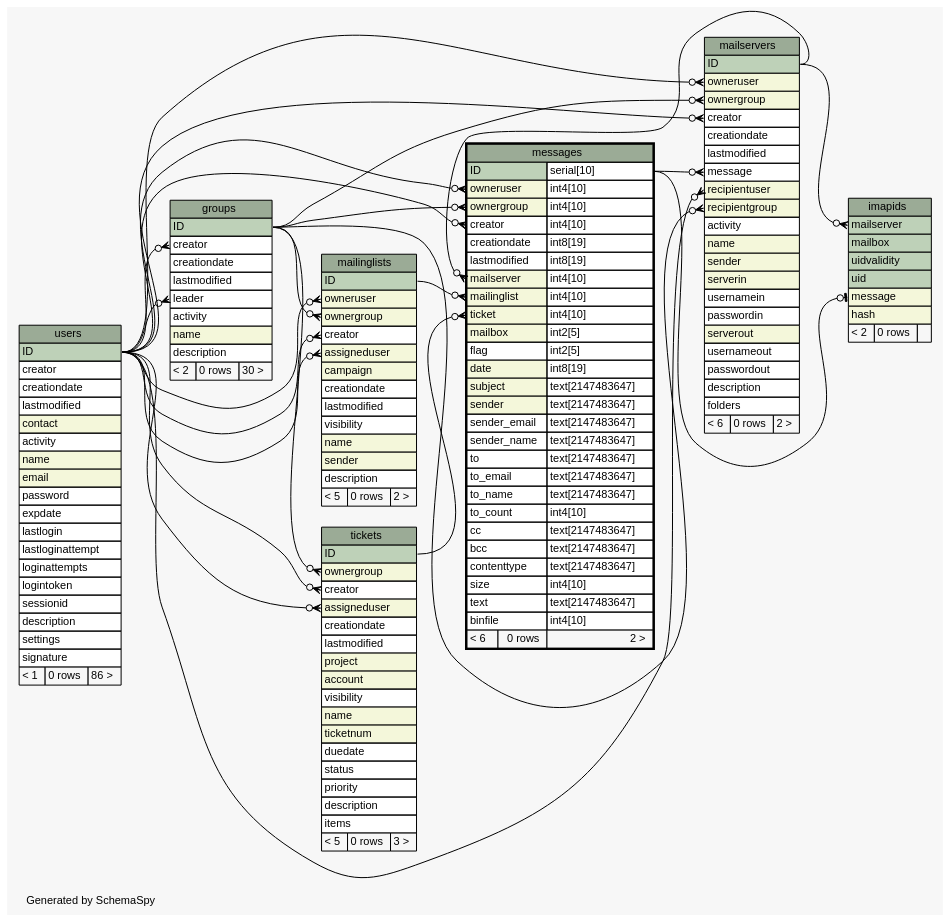
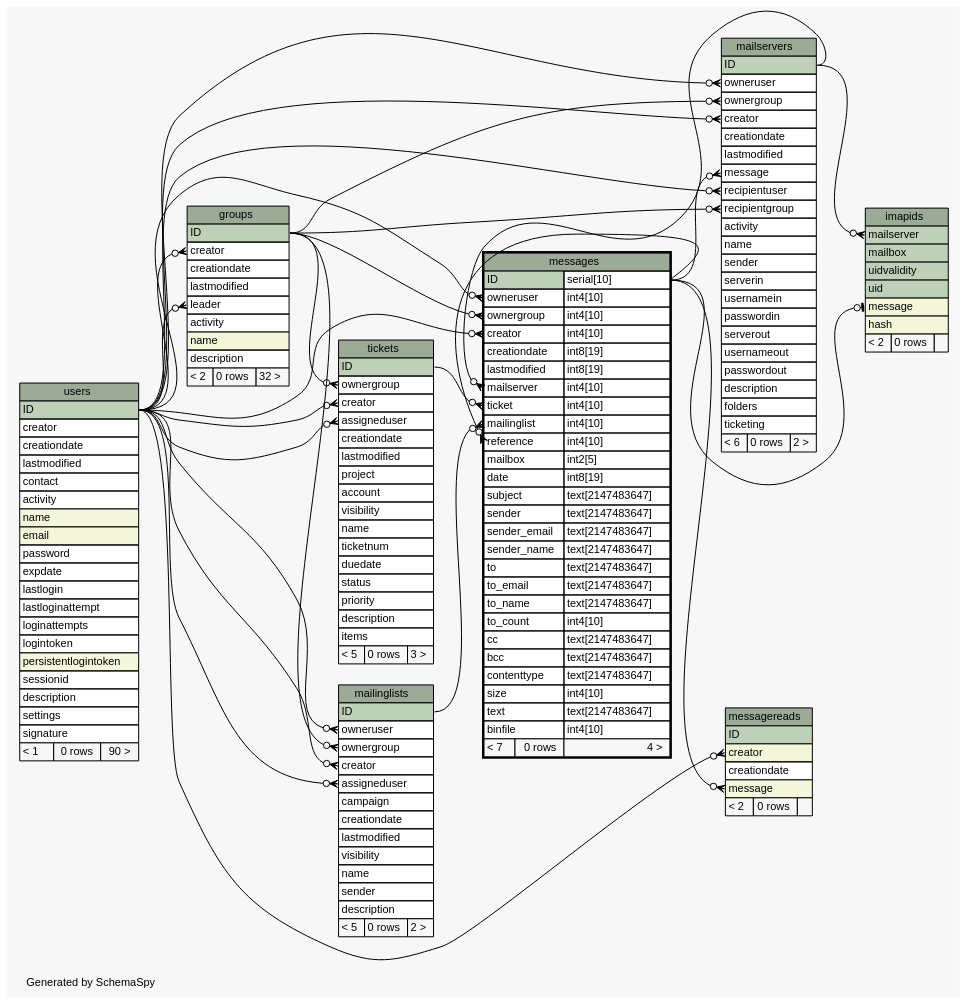
The diagram in diagrams/messages.1degree.dot (zeyosinc/zeyos-schema), drawn with Graphviz before and after one commit. The commit also changed 322 other files, not shown here.

```diff
--- a/diagrams/messages.1degree.dot
+++ b/diagrams/messages.1degree.dot
@@ -1,4 +1,4 @@
-// dot 2.38.0 on Mac OS X 10.11.2
+// dot 2.38.0 on Mac OS X 10.11.3
 // SchemaSpy rev 590
 digraph "oneDegreeRelationshipsDiagram" {
   graph [
@@ -33,11 +33,14 @@
   "mailservers":"owneruser":w -> "users":"ID":e [arrowhead=none dir=back arrowtail=crowodot];
   "mailservers":"recipientgroup":w -> "groups":"ID":e [arrowhead=none dir=back arrowtail=crowodot];
   "mailservers":"recipientuser":w -> "users":"ID":e [arrowhead=none dir=back arrowtail=crowodot];
+  "messagereads":"creator":w -> "users":"ID":e [arrowhead=none dir=back arrowtail=crowodot];
+  "messagereads":"message":w -> "messages":"ID.type":e [arrowhead=none dir=back arrowtail=crowodot];
   "messages":"creator":w -> "users":"ID":e [arrowhead=none dir=back arrowtail=crowodot];
   "messages":"mailinglist":w -> "mailinglists":"ID":e [arrowhead=none dir=back arrowtail=crowodot];
   "messages":"mailserver":w -> "mailservers":"ID":e [arrowhead=none dir=back arrowtail=crowodot];
   "messages":"ownergroup":w -> "groups":"ID":e [arrowhead=none dir=back arrowtail=crowodot];
   "messages":"owneruser":w -> "users":"ID":e [arrowhead=none dir=back arrowtail=crowodot];
+  "messages":"reference":w -> "messages":"ID.type":e [arrowhead=none dir=back arrowtail=crowodot];
   "messages":"ticket":w -> "tickets":"ID":e [arrowhead=none dir=back arrowtail=crowodot];
   "tickets":"assigneduser":w -> "users":"ID":e [arrowhead=none dir=back arrowtail=crowodot];
   "tickets":"creator":w -> "users":"ID":e [arrowhead=none dir=back arrowtail=crowodot];
@@ -54,7 +57,7 @@
       <TR><TD PORT="activity" COLSPAN="3" ALIGN="LEFT">activity</TD></TR>
       <TR><TD PORT="name" COLSPAN="3" BGCOLOR="#f4f7da" ALIGN="LEFT">name</TD></TR>
       <TR><TD PORT="description" COLSPAN="3" ALIGN="LEFT">description</TD></TR>
-      <TR><TD ALIGN="LEFT" BGCOLOR="#f7f7f7">&lt; 2</TD><TD ALIGN="RIGHT" BGCOLOR="#f7f7f7">0 rows</TD><TD ALIGN="RIGHT" BGCOLOR="#f7f7f7">30 &gt;</TD></TR>
+      <TR><TD ALIGN="LEFT" BGCOLOR="#f7f7f7">&lt; 2</TD><TD ALIGN="RIGHT" BGCOLOR="#f7f7f7">0 rows</TD><TD ALIGN="RIGHT" BGCOLOR="#f7f7f7">32 &gt;</TD></TR>
     </TABLE>>
     URL="groups.html"
     tooltip="groups"
@@ -79,16 +82,16 @@
     <TABLE BORDER="0" CELLBORDER="1" CELLSPACING="0" BGCOLOR="#ffffff">
       <TR><TD COLSPAN="3" BGCOLOR="#9bab96" ALIGN="CENTER">mailinglists</TD></TR>
       <TR><TD PORT="ID" COLSPAN="3" BGCOLOR="#bed1b8" ALIGN="LEFT">ID</TD></TR>
-      <TR><TD PORT="owneruser" COLSPAN="3" BGCOLOR="#f4f7da" ALIGN="LEFT">owneruser</TD></TR>
-      <TR><TD PORT="ownergroup" COLSPAN="3" BGCOLOR="#f4f7da" ALIGN="LEFT">ownergroup</TD></TR>
+      <TR><TD PORT="owneruser" COLSPAN="3" ALIGN="LEFT">owneruser</TD></TR>
+      <TR><TD PORT="ownergroup" COLSPAN="3" ALIGN="LEFT">ownergroup</TD></TR>
       <TR><TD PORT="creator" COLSPAN="3" ALIGN="LEFT">creator</TD></TR>
-      <TR><TD PORT="assigneduser" COLSPAN="3" BGCOLOR="#f4f7da" ALIGN="LEFT">assigneduser</TD></TR>
-      <TR><TD PORT="campaign" COLSPAN="3" BGCOLOR="#f4f7da" ALIGN="LEFT">campaign</TD></TR>
+      <TR><TD PORT="assigneduser" COLSPAN="3" ALIGN="LEFT">assigneduser</TD></TR>
+      <TR><TD PORT="campaign" COLSPAN="3" ALIGN="LEFT">campaign</TD></TR>
       <TR><TD PORT="creationdate" COLSPAN="3" ALIGN="LEFT">creationdate</TD></TR>
       <TR><TD PORT="lastmodified" COLSPAN="3" ALIGN="LEFT">lastmodified</TD></TR>
       <TR><TD PORT="visibility" COLSPAN="3" ALIGN="LEFT">visibility</TD></TR>
-      <TR><TD PORT="name" COLSPAN="3" BGCOLOR="#f4f7da" ALIGN="LEFT">name</TD></TR>
-      <TR><TD PORT="sender" COLSPAN="3" BGCOLOR="#f4f7da" ALIGN="LEFT">sender</TD></TR>
+      <TR><TD PORT="name" COLSPAN="3" ALIGN="LEFT">name</TD></TR>
+      <TR><TD PORT="sender" COLSPAN="3" ALIGN="LEFT">sender</TD></TR>
       <TR><TD PORT="description" COLSPAN="3" ALIGN="LEFT">description</TD></TR>
       <TR><TD ALIGN="LEFT" BGCOLOR="#f7f7f7">&lt; 5</TD><TD ALIGN="RIGHT" BGCOLOR="#f7f7f7">0 rows</TD><TD ALIGN="RIGHT" BGCOLOR="#f7f7f7">2 &gt;</TD></TR>
     </TABLE>>
@@ -100,48 +103,62 @@
     <TABLE BORDER="0" CELLBORDER="1" CELLSPACING="0" BGCOLOR="#ffffff">
       <TR><TD COLSPAN="3" BGCOLOR="#9bab96" ALIGN="CENTER">mailservers</TD></TR>
       <TR><TD PORT="ID" COLSPAN="3" BGCOLOR="#bed1b8" ALIGN="LEFT">ID</TD></TR>
-      <TR><TD PORT="owneruser" COLSPAN="3" BGCOLOR="#f4f7da" ALIGN="LEFT">owneruser</TD></TR>
-      <TR><TD PORT="ownergroup" COLSPAN="3" BGCOLOR="#f4f7da" ALIGN="LEFT">ownergroup</TD></TR>
+      <TR><TD PORT="owneruser" COLSPAN="3" ALIGN="LEFT">owneruser</TD></TR>
+      <TR><TD PORT="ownergroup" COLSPAN="3" ALIGN="LEFT">ownergroup</TD></TR>
       <TR><TD PORT="creator" COLSPAN="3" ALIGN="LEFT">creator</TD></TR>
       <TR><TD PORT="creationdate" COLSPAN="3" ALIGN="LEFT">creationdate</TD></TR>
       <TR><TD PORT="lastmodified" COLSPAN="3" ALIGN="LEFT">lastmodified</TD></TR>
       <TR><TD PORT="message" COLSPAN="3" ALIGN="LEFT">message</TD></TR>
-      <TR><TD PORT="recipientuser" COLSPAN="3" BGCOLOR="#f4f7da" ALIGN="LEFT">recipientuser</TD></TR>
-      <TR><TD PORT="recipientgroup" COLSPAN="3" BGCOLOR="#f4f7da" ALIGN="LEFT">recipientgroup</TD></TR>
+      <TR><TD PORT="recipientuser" COLSPAN="3" ALIGN="LEFT">recipientuser</TD></TR>
+      <TR><TD PORT="recipientgroup" COLSPAN="3" ALIGN="LEFT">recipientgroup</TD></TR>
       <TR><TD PORT="activity" COLSPAN="3" ALIGN="LEFT">activity</TD></TR>
-      <TR><TD PORT="name" COLSPAN="3" BGCOLOR="#f4f7da" ALIGN="LEFT">name</TD></TR>
-      <TR><TD PORT="sender" COLSPAN="3" BGCOLOR="#f4f7da" ALIGN="LEFT">sender</TD></TR>
-      <TR><TD PORT="serverin" COLSPAN="3" BGCOLOR="#f4f7da" ALIGN="LEFT">serverin</TD></TR>
+      <TR><TD PORT="name" COLSPAN="3" ALIGN="LEFT">name</TD></TR>
+      <TR><TD PORT="sender" COLSPAN="3" ALIGN="LEFT">sender</TD></TR>
+      <TR><TD PORT="serverin" COLSPAN="3" ALIGN="LEFT">serverin</TD></TR>
       <TR><TD PORT="usernamein" COLSPAN="3" ALIGN="LEFT">usernamein</TD></TR>
       <TR><TD PORT="passwordin" COLSPAN="3" ALIGN="LEFT">passwordin</TD></TR>
-      <TR><TD PORT="serverout" COLSPAN="3" BGCOLOR="#f4f7da" ALIGN="LEFT">serverout</TD></TR>
+      <TR><TD PORT="serverout" COLSPAN="3" ALIGN="LEFT">serverout</TD></TR>
       <TR><TD PORT="usernameout" COLSPAN="3" ALIGN="LEFT">usernameout</TD></TR>
       <TR><TD PORT="passwordout" COLSPAN="3" ALIGN="LEFT">passwordout</TD></TR>
       <TR><TD PORT="description" COLSPAN="3" ALIGN="LEFT">description</TD></TR>
       <TR><TD PORT="folders" COLSPAN="3" ALIGN="LEFT">folders</TD></TR>
+      <TR><TD PORT="ticketing" COLSPAN="3" ALIGN="LEFT">ticketing</TD></TR>
       <TR><TD ALIGN="LEFT" BGCOLOR="#f7f7f7">&lt; 6</TD><TD ALIGN="RIGHT" BGCOLOR="#f7f7f7">0 rows</TD><TD ALIGN="RIGHT" BGCOLOR="#f7f7f7">2 &gt;</TD></TR>
     </TABLE>>
     URL="mailservers.html"
     tooltip="mailservers"
+  ];
+  "messagereads" [
+    label=<
+    <TABLE BORDER="0" CELLBORDER="1" CELLSPACING="0" BGCOLOR="#ffffff">
+      <TR><TD COLSPAN="3" BGCOLOR="#9bab96" ALIGN="CENTER">messagereads</TD></TR>
+      <TR><TD PORT="ID" COLSPAN="3" BGCOLOR="#bed1b8" ALIGN="LEFT">ID</TD></TR>
+      <TR><TD PORT="creator" COLSPAN="3" BGCOLOR="#f4f7da" ALIGN="LEFT">creator</TD></TR>
+      <TR><TD PORT="creationdate" COLSPAN="3" ALIGN="LEFT">creationdate</TD></TR>
+      <TR><TD PORT="message" COLSPAN="3" BGCOLOR="#f4f7da" ALIGN="LEFT">message</TD></TR>
+      <TR><TD ALIGN="LEFT" BGCOLOR="#f7f7f7">&lt; 2</TD><TD ALIGN="RIGHT" BGCOLOR="#f7f7f7">0 rows</TD><TD ALIGN="RIGHT" BGCOLOR="#f7f7f7">  </TD></TR>
+    </TABLE>>
+    URL="messagereads.html"
+    tooltip="messagereads"
   ];
   "messages" [
     label=<
     <TABLE BORDER="2" CELLBORDER="1" CELLSPACING="0" BGCOLOR="#ffffff">
       <TR><TD COLSPAN="3" BGCOLOR="#9bab96" ALIGN="CENTER">messages</TD></TR>
       <TR><TD PORT="ID" COLSPAN="2" BGCOLOR="#bed1b8" ALIGN="LEFT">ID</TD><TD PORT="ID.type" ALIGN="LEFT">serial[10]</TD></TR>
-      <TR><TD PORT="owneruser" COLSPAN="2" BGCOLOR="#f4f7da" ALIGN="LEFT">owneruser</TD><TD PORT="owneruser.type" ALIGN="LEFT">int4[10]</TD></TR>
-      <TR><TD PORT="ownergroup" COLSPAN="2" BGCOLOR="#f4f7da" ALIGN="LEFT">ownergroup</TD><TD PORT="ownergroup.type" ALIGN="LEFT">int4[10]</TD></TR>
+      <TR><TD PORT="owneruser" COLSPAN="2" ALIGN="LEFT">owneruser</TD><TD PORT="owneruser.type" ALIGN="LEFT">int4[10]</TD></TR>
+      <TR><TD PORT="ownergroup" COLSPAN="2" ALIGN="LEFT">ownergroup</TD><TD PORT="ownergroup.type" ALIGN="LEFT">int4[10]</TD></TR>
       <TR><TD PORT="creator" COLSPAN="2" ALIGN="LEFT">creator</TD><TD PORT="creator.type" ALIGN="LEFT">int4[10]</TD></TR>
       <TR><TD PORT="creationdate" COLSPAN="2" ALIGN="LEFT">creationdate</TD><TD PORT="creationdate.type" ALIGN="LEFT">int8[19]</TD></TR>
       <TR><TD PORT="lastmodified" COLSPAN="2" ALIGN="LEFT">lastmodified</TD><TD PORT="lastmodified.type" ALIGN="LEFT">int8[19]</TD></TR>
-      <TR><TD PORT="mailserver" COLSPAN="2" BGCOLOR="#f4f7da" ALIGN="LEFT">mailserver</TD><TD PORT="mailserver.type" ALIGN="LEFT">int4[10]</TD></TR>
-      <TR><TD PORT="mailinglist" COLSPAN="2" BGCOLOR="#f4f7da" ALIGN="LEFT">mailinglist</TD><TD PORT="mailinglist.type" ALIGN="LEFT">int4[10]</TD></TR>
-      <TR><TD PORT="ticket" COLSPAN="2" BGCOLOR="#f4f7da" ALIGN="LEFT">ticket</TD><TD PORT="ticket.type" ALIGN="LEFT">int4[10]</TD></TR>
-      <TR><TD PORT="mailbox" COLSPAN="2" BGCOLOR="#f4f7da" ALIGN="LEFT">mailbox</TD><TD PORT="mailbox.type" ALIGN="LEFT">int2[5]</TD></TR>
-      <TR><TD PORT="flag" COLSPAN="2" ALIGN="LEFT">flag</TD><TD PORT="flag.type" ALIGN="LEFT">int2[5]</TD></TR>
-      <TR><TD PORT="date" COLSPAN="2" BGCOLOR="#f4f7da" ALIGN="LEFT">date</TD><TD PORT="date.type" ALIGN="LEFT">int8[19]</TD></TR>
-      <TR><TD PORT="subject" COLSPAN="2" BGCOLOR="#f4f7da" ALIGN="LEFT">subject</TD><TD PORT="subject.type" ALIGN="LEFT">text[2147483647]</TD></TR>
-      <TR><TD PORT="sender" COLSPAN="2" BGCOLOR="#f4f7da" ALIGN="LEFT">sender</TD><TD PORT="sender.type" ALIGN="LEFT">text[2147483647]</TD></TR>
+      <TR><TD PORT="mailserver" COLSPAN="2" ALIGN="LEFT">mailserver</TD><TD PORT="mailserver.type" ALIGN="LEFT">int4[10]</TD></TR>
+      <TR><TD PORT="ticket" COLSPAN="2" ALIGN="LEFT">ticket</TD><TD PORT="ticket.type" ALIGN="LEFT">int4[10]</TD></TR>
+      <TR><TD PORT="mailinglist" COLSPAN="2" ALIGN="LEFT">mailinglist</TD><TD PORT="mailinglist.type" ALIGN="LEFT">int4[10]</TD></TR>
+      <TR><TD PORT="reference" COLSPAN="2" ALIGN="LEFT">reference</TD><TD PORT="reference.type" ALIGN="LEFT">int4[10]</TD></TR>
+      <TR><TD PORT="mailbox" COLSPAN="2" ALIGN="LEFT">mailbox</TD><TD PORT="mailbox.type" ALIGN="LEFT">int2[5]</TD></TR>
+      <TR><TD PORT="date" COLSPAN="2" ALIGN="LEFT">date</TD><TD PORT="date.type" ALIGN="LEFT">int8[19]</TD></TR>
+      <TR><TD PORT="subject" COLSPAN="2" ALIGN="LEFT">subject</TD><TD PORT="subject.type" ALIGN="LEFT">text[2147483647]</TD></TR>
+      <TR><TD PORT="sender" COLSPAN="2" ALIGN="LEFT">sender</TD><TD PORT="sender.type" ALIGN="LEFT">text[2147483647]</TD></TR>
       <TR><TD PORT="sender_email" COLSPAN="2" ALIGN="LEFT">sender_email</TD><TD PORT="sender_email.type" ALIGN="LEFT">text[2147483647]</TD></TR>
       <TR><TD PORT="sender_name" COLSPAN="2" ALIGN="LEFT">sender_name</TD><TD PORT="sender_name.type" ALIGN="LEFT">text[2147483647]</TD></TR>
       <TR><TD PORT="to" COLSPAN="2" ALIGN="LEFT">to</TD><TD PORT="to.type" ALIGN="LEFT">text[2147483647]</TD></TR>
@@ -154,7 +171,7 @@
       <TR><TD PORT="size" COLSPAN="2" ALIGN="LEFT">size</TD><TD PORT="size.type" ALIGN="LEFT">int4[10]</TD></TR>
       <TR><TD PORT="text" COLSPAN="2" ALIGN="LEFT">text</TD><TD PORT="text.type" ALIGN="LEFT">text[2147483647]</TD></TR>
       <TR><TD PORT="binfile" COLSPAN="2" ALIGN="LEFT">binfile</TD><TD PORT="binfile.type" ALIGN="LEFT">int4[10]</TD></TR>
-      <TR><TD ALIGN="LEFT" BGCOLOR="#f7f7f7">&lt; 6</TD><TD ALIGN="RIGHT" BGCOLOR="#f7f7f7">0 rows</TD><TD ALIGN="RIGHT" BGCOLOR="#f7f7f7">2 &gt;</TD></TR>
+      <TR><TD ALIGN="LEFT" BGCOLOR="#f7f7f7">&lt; 7</TD><TD ALIGN="RIGHT" BGCOLOR="#f7f7f7">0 rows</TD><TD ALIGN="RIGHT" BGCOLOR="#f7f7f7">4 &gt;</TD></TR>
     </TABLE>>
     URL="messages.html"
     tooltip="messages"
@@ -164,16 +181,16 @@
     <TABLE BORDER="0" CELLBORDER="1" CELLSPACING="0" BGCOLOR="#ffffff">
       <TR><TD COLSPAN="3" BGCOLOR="#9bab96" ALIGN="CENTER">tickets</TD></TR>
       <TR><TD PORT="ID" COLSPAN="3" BGCOLOR="#bed1b8" ALIGN="LEFT">ID</TD></TR>
-      <TR><TD PORT="ownergroup" COLSPAN="3" BGCOLOR="#f4f7da" ALIGN="LEFT">ownergroup</TD></TR>
+      <TR><TD PORT="ownergroup" COLSPAN="3" ALIGN="LEFT">ownergroup</TD></TR>
       <TR><TD PORT="creator" COLSPAN="3" ALIGN="LEFT">creator</TD></TR>
-      <TR><TD PORT="assigneduser" COLSPAN="3" BGCOLOR="#f4f7da" ALIGN="LEFT">assigneduser</TD></TR>
+      <TR><TD PORT="assigneduser" COLSPAN="3" ALIGN="LEFT">assigneduser</TD></TR>
       <TR><TD PORT="creationdate" COLSPAN="3" ALIGN="LEFT">creationdate</TD></TR>
       <TR><TD PORT="lastmodified" COLSPAN="3" ALIGN="LEFT">lastmodified</TD></TR>
-      <TR><TD PORT="project" COLSPAN="3" BGCOLOR="#f4f7da" ALIGN="LEFT">project</TD></TR>
-      <TR><TD PORT="account" COLSPAN="3" BGCOLOR="#f4f7da" ALIGN="LEFT">account</TD></TR>
+      <TR><TD PORT="project" COLSPAN="3" ALIGN="LEFT">project</TD></TR>
+      <TR><TD PORT="account" COLSPAN="3" ALIGN="LEFT">account</TD></TR>
       <TR><TD PORT="visibility" COLSPAN="3" ALIGN="LEFT">visibility</TD></TR>
-      <TR><TD PORT="name" COLSPAN="3" BGCOLOR="#f4f7da" ALIGN="LEFT">name</TD></TR>
-      <TR><TD PORT="ticketnum" COLSPAN="3" BGCOLOR="#f4f7da" ALIGN="LEFT">ticketnum</TD></TR>
+      <TR><TD PORT="name" COLSPAN="3" ALIGN="LEFT">name</TD></TR>
+      <TR><TD PORT="ticketnum" COLSPAN="3" ALIGN="LEFT">ticketnum</TD></TR>
       <TR><TD PORT="duedate" COLSPAN="3" ALIGN="LEFT">duedate</TD></TR>
       <TR><TD PORT="status" COLSPAN="3" ALIGN="LEFT">status</TD></TR>
       <TR><TD PORT="priority" COLSPAN="3" ALIGN="LEFT">priority</TD></TR>
@@ -192,7 +209,7 @@
       <TR><TD PORT="creator" COLSPAN="3" ALIGN="LEFT">creator</TD></TR>
       <TR><TD PORT="creationdate" COLSPAN="3" ALIGN="LEFT">creationdate</TD></TR>
       <TR><TD PORT="lastmodified" COLSPAN="3" ALIGN="LEFT">lastmodified</TD></TR>
-      <TR><TD PORT="contact" COLSPAN="3" BGCOLOR="#f4f7da" ALIGN="LEFT">contact</TD></TR>
+      <TR><TD PORT="contact" COLSPAN="3" ALIGN="LEFT">contact</TD></TR>
       <TR><TD PORT="activity" COLSPAN="3" ALIGN="LEFT">activity</TD></TR>
       <TR><TD PORT="name" COLSPAN="3" BGCOLOR="#f4f7da" ALIGN="LEFT">name</TD></TR>
       <TR><TD PORT="email" COLSPAN="3" BGCOLOR="#f4f7da" ALIGN="LEFT">email</TD></TR>
@@ -202,11 +219,12 @@
       <TR><TD PORT="lastloginattempt" COLSPAN="3" ALIGN="LEFT">lastloginattempt</TD></TR>
       <TR><TD PORT="loginattempts" COLSPAN="3" ALIGN="LEFT">loginattempts</TD></TR>
       <TR><TD PORT="logintoken" COLSPAN="3" ALIGN="LEFT">logintoken</TD></TR>
+      <TR><TD PORT="persistentlogintoken" COLSPAN="3" BGCOLOR="#f4f7da" ALIGN="LEFT">persistentlogintoken</TD></TR>
       <TR><TD PORT="sessionid" COLSPAN="3" ALIGN="LEFT">sessionid</TD></TR>
       <TR><TD PORT="description" COLSPAN="3" ALIGN="LEFT">description</TD></TR>
       <TR><TD PORT="settings" COLSPAN="3" ALIGN="LEFT">settings</TD></TR>
       <TR><TD PORT="signature" COLSPAN="3" ALIGN="LEFT">signature</TD></TR>
-      <TR><TD ALIGN="LEFT" BGCOLOR="#f7f7f7">&lt; 1</TD><TD ALIGN="RIGHT" BGCOLOR="#f7f7f7">0 rows</TD><TD ALIGN="RIGHT" BGCOLOR="#f7f7f7">86 &gt;</TD></TR>
+      <TR><TD ALIGN="LEFT" BGCOLOR="#f7f7f7">&lt; 1</TD><TD ALIGN="RIGHT" BGCOLOR="#f7f7f7">0 rows</TD><TD ALIGN="RIGHT" BGCOLOR="#f7f7f7">90 &gt;</TD></TR>
     </TABLE>>
     URL="users.html"
     tooltip="users"
```
